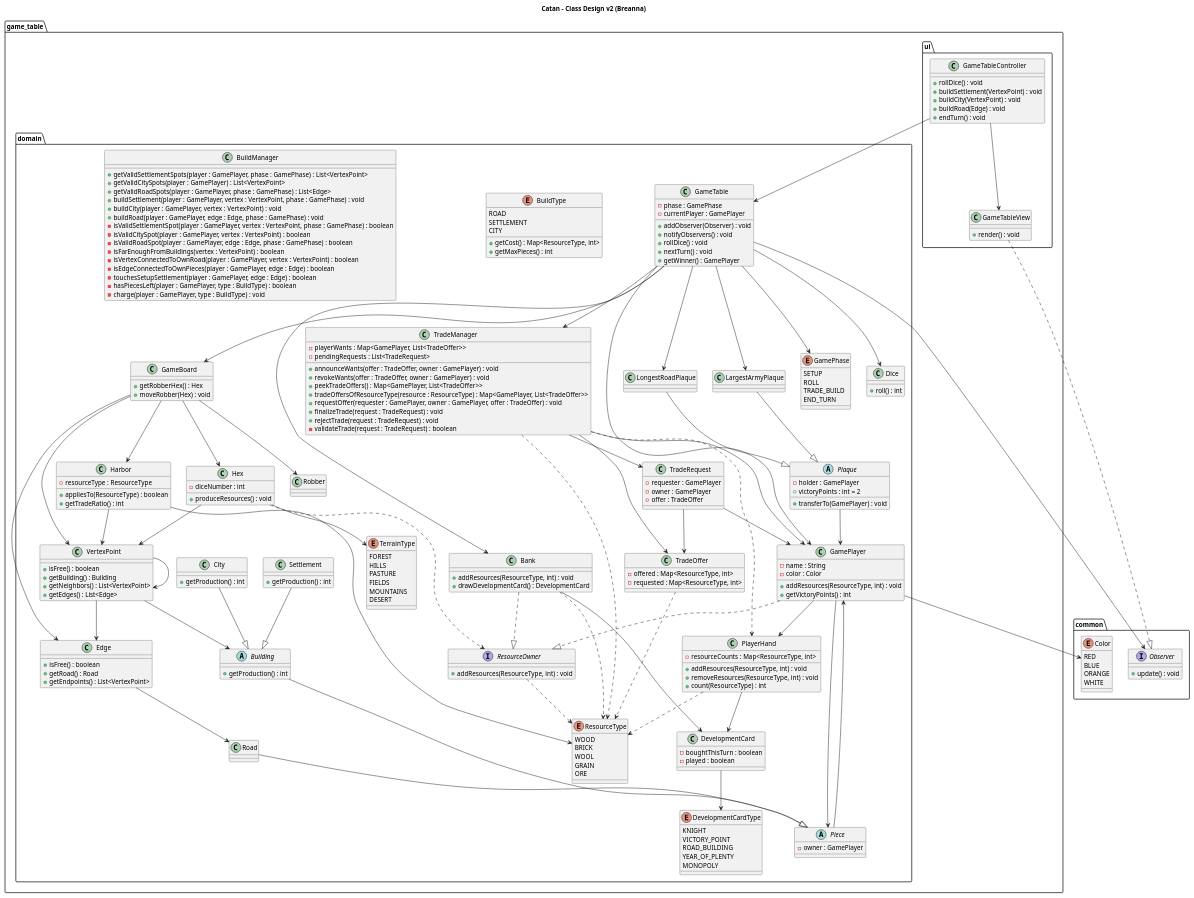
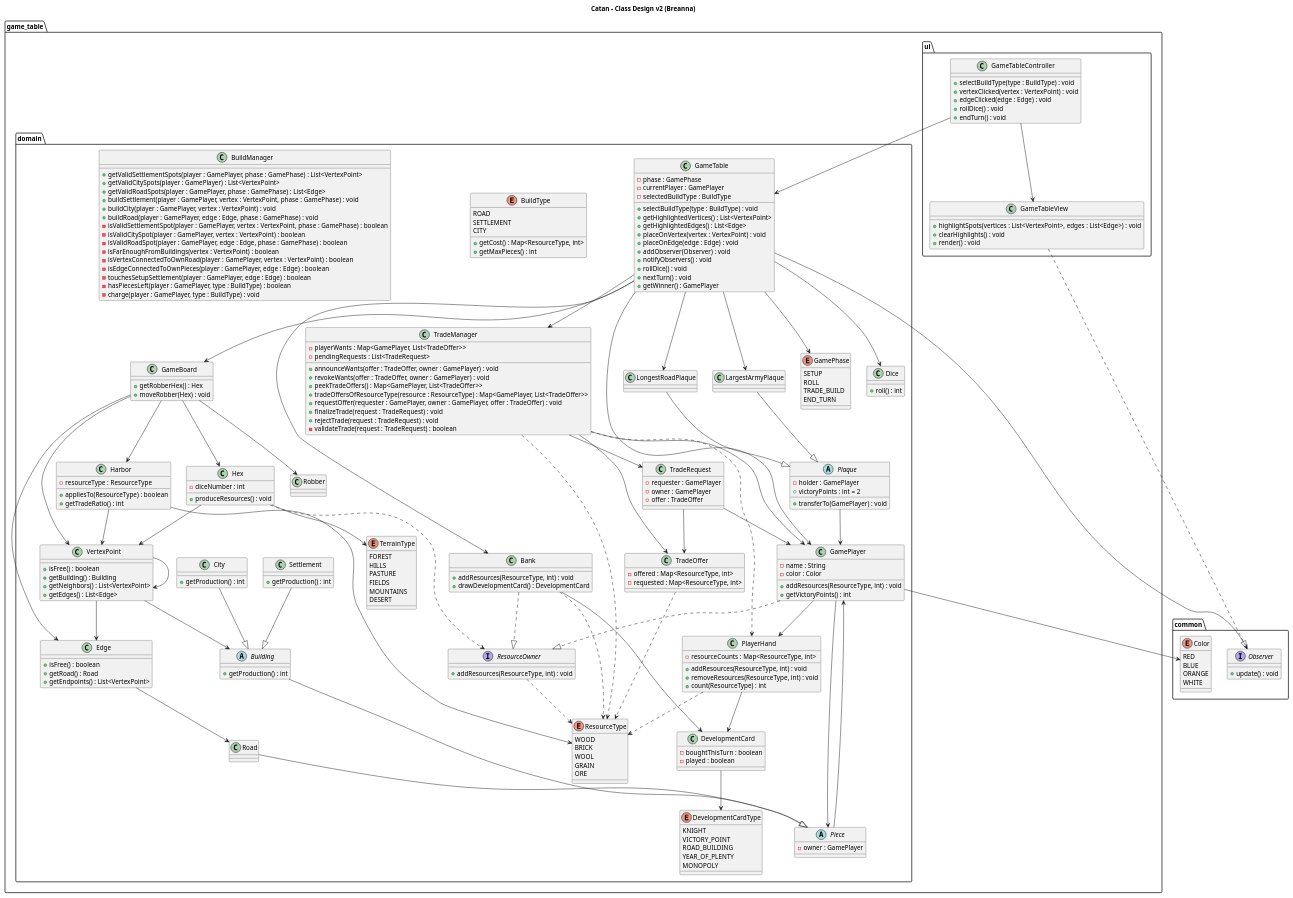
One commit to nu-cs-sqe/cs380-software-quality-engineering-20262701-course-project-group-5 changed the diagram in docs/design/game_table_breanna.puml. Above: the diagram before and after it, drawn with PlantUML.

Commit message:
revised controller, view, and gametable class

```diff
--- a/docs/design/game_table_breanna.puml
+++ b/docs/design/game_table_breanna.puml
@@ -21,14 +21,16 @@
 package ui {
 
     class GameTableController {
+        +selectBuildType(type : BuildType) : void
+        +vertexClicked(vertex : VertexPoint) : void
+        +edgeClicked(edge : Edge) : void
         +rollDice() : void
-        +buildSettlement(VertexPoint) : void
-        +buildCity(VertexPoint) : void
-        +buildRoad(Edge) : void
         +endTurn() : void
     }
 
     class GameTableView {
+        +highlightSpots(vertices : List<VertexPoint>, edges : List<Edge>) : void
+        +clearHighlights() : void
         +render() : void
     }
 
@@ -46,6 +48,12 @@
     class GameTable {
         -phase : GamePhase
         -currentPlayer : GamePlayer
+        -selectedBuildType : BuildType
+        +selectBuildType(type : BuildType) : void
+        +getHighlightedVertices() : List<VertexPoint>
+        +getHighlightedEdges() : List<Edge>
+        +placeOnVertex(vertex : VertexPoint) : void
+        +placeOnEdge(edge : Edge) : void
         +addObserver(Observer) : void
         +notifyObservers() : void
         +rollDice() : void
```
